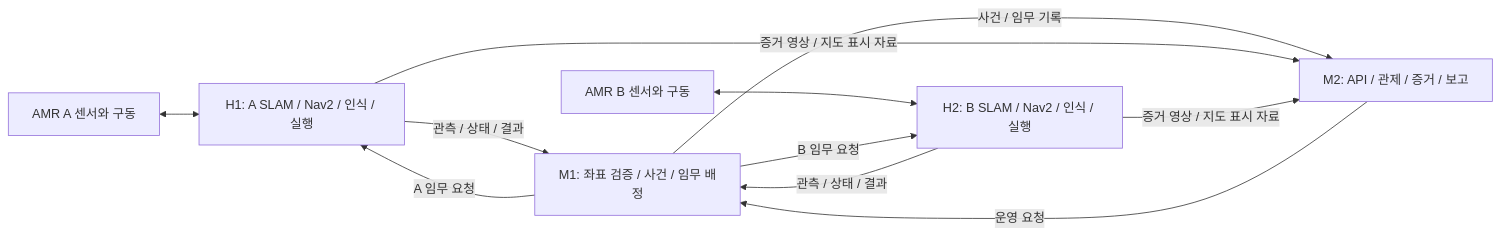
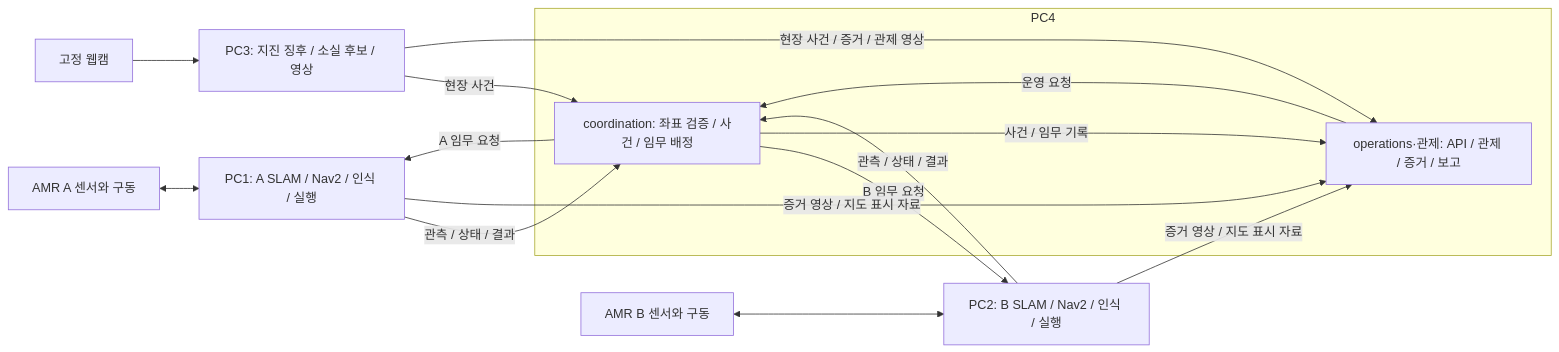
Before and after one commit to mi1nn/ROKEY-7-public: the diagram in docs/design/architecture.md, drawn with Mermaid. The commit also changed other lines of this file and 13 other files, not shown here.

````diff
--- a/docs/design/architecture.md
+++ b/docs/design/architecture.md
@@ -41,13 +41,20 @@
 ```mermaid
 flowchart LR
-  A[AMR A 센서와 구동] <--> H1[H1: A SLAM / Nav2 / 인식 / 실행]
-  B[AMR B 센서와 구동] <--> H2[H2: B SLAM / Nav2 / 인식 / 실행]
-  H1 -->|관측 / 상태 / 결과| M1[M1: 좌표 검증 / 사건 / 임무 배정]
+  A[AMR A 센서와 구동] <--> H1[PC1: A SLAM / Nav2 / 인식 / 실행]
+  B[AMR B 센서와 구동] <--> H2[PC2: B SLAM / Nav2 / 인식 / 실행]
+  W[고정 웹캠] --> P3[PC3: 지진 징후 / 소실 후보 / 영상]
+  subgraph PC4[PC4]
+    M1[coordination: 좌표 검증 / 사건 / 임무 배정]
+    M2[operations·관제: API / 관제 / 증거 / 보고]
+  end
+  H1 -->|관측 / 상태 / 결과| M1
   H2 -->|관측 / 상태 / 결과| M1
+  P3 -->|현장 사건| M1
   M1 -->|A 임무 요청| H1
   M1 -->|B 임무 요청| H2
-  M1 -->|사건 / 임무 기록| M2[M2: API / 관제 / 증거 / 보고]
+  M1 -->|사건 / 임무 기록| M2
   M2 -->|운영 요청| M1
   H1 -->|증거 영상 / 지도 표시 자료| M2
   H2 -->|증거 영상 / 지도 표시 자료| M2
+  P3 -->|현장 사건 / 증거 / 관제 영상| M2
 ```
````
